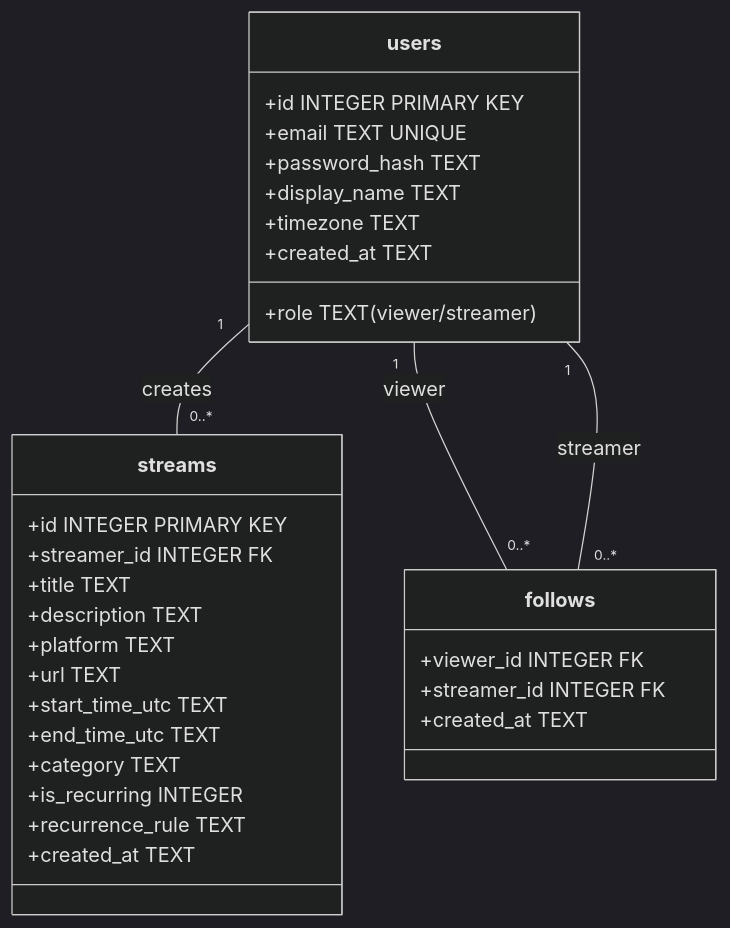
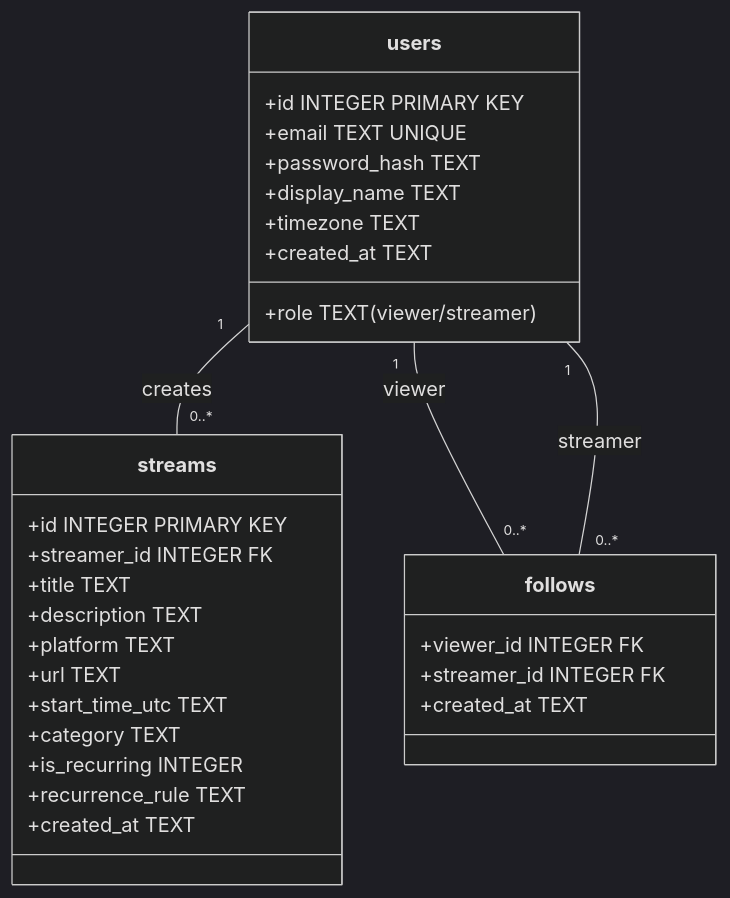
One commit to ATank-03/holo-schedule changed the third of 3 diagrams in context/diagrammen-v2.md. Above: the diagram before and after it, drawn with Mermaid (dark theme). The commit also changed 9 other files, not shown here.

````diff
--- a/context/diagrammen-v2.md
+++ b/context/diagrammen-v2.md
@@ -92,37 +92,36 @@
 ```mermaid
 classDiagram
     class users {
         +id INTEGER PRIMARY KEY
         +email TEXT UNIQUE
         +password_hash TEXT
         +role TEXT (viewer/streamer)
         +display_name TEXT
         +timezone TEXT
         +created_at TEXT
     }
 
     class streams {
         +id INTEGER PRIMARY KEY
         +streamer_id INTEGER FK
         +title TEXT
         +description TEXT
         +platform TEXT
         +url TEXT
         +start_time_utc TEXT
-        +end_time_utc TEXT
         +category TEXT
         +is_recurring INTEGER
         +recurrence_rule TEXT
         +created_at TEXT
     }
 
     class follows {
         +viewer_id INTEGER FK
         +streamer_id INTEGER FK
         +created_at TEXT
     }
 
     users "1" -- "0..*" streams : creates
     users "1" -- "0..*" follows : viewer
     users "1" -- "0..*" follows : streamer
 ```
````
